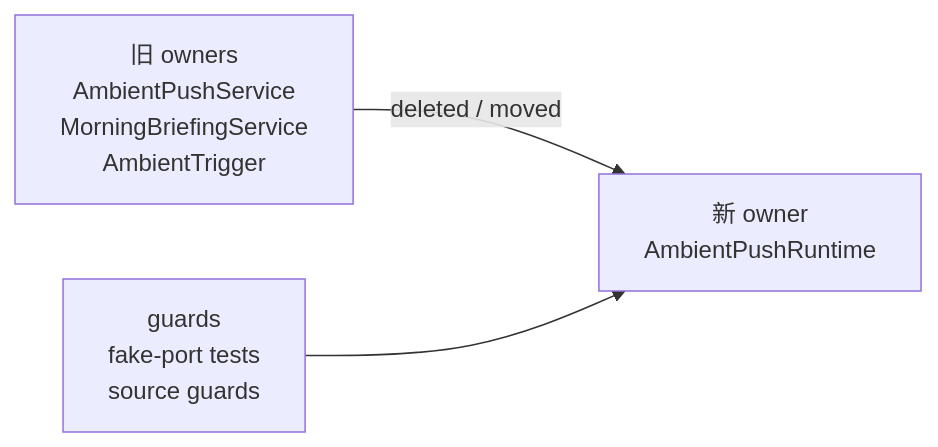
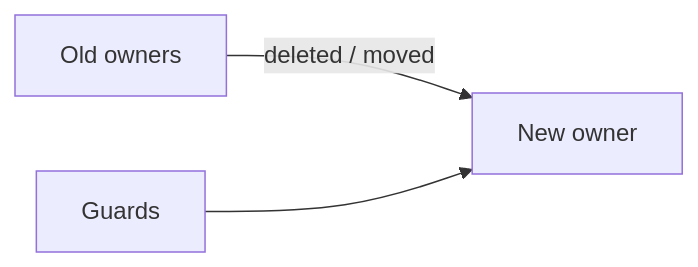
Before and after one commit to highestpeak/obsidian-peak-assistant: the seventh of 7 diagrams in docs/superpowers/audits/2026-06-13-t8-owner-review-packet.md, drawn with Mermaid. The commit also changed other lines of this file and 2 other files, not shown here.

Commit message:
docs(refactor): remove newline labels from T8 diagrams

````diff
--- a/docs/superpowers/audits/2026-06-13-t8-owner-review-packet.md
+++ b/docs/superpowers/audits/2026-06-13-t8-owner-review-packet.md
@@ -316,9 +316,9 @@
 ```mermaid
 flowchart LR
-  Old["旧 owners\nAmbientPushService\nMorningBriefingService\nAmbientTrigger"]
-  New["新 owner\nAmbientPushRuntime"]
-  Guards["guards\nfake-port tests\nsource guards"]
+  Old["Old owners"]
+  New["New owner"]
+  Guards["Guards"]
 
   Old -- "deleted / moved" --> New
   Guards --> New
 ```
````
